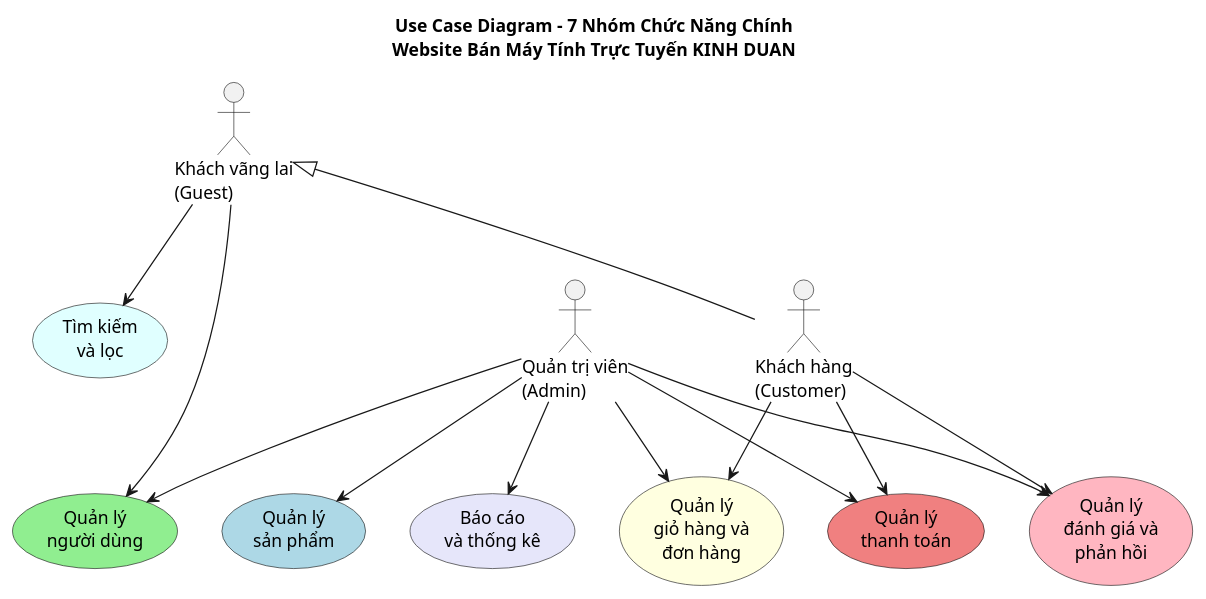
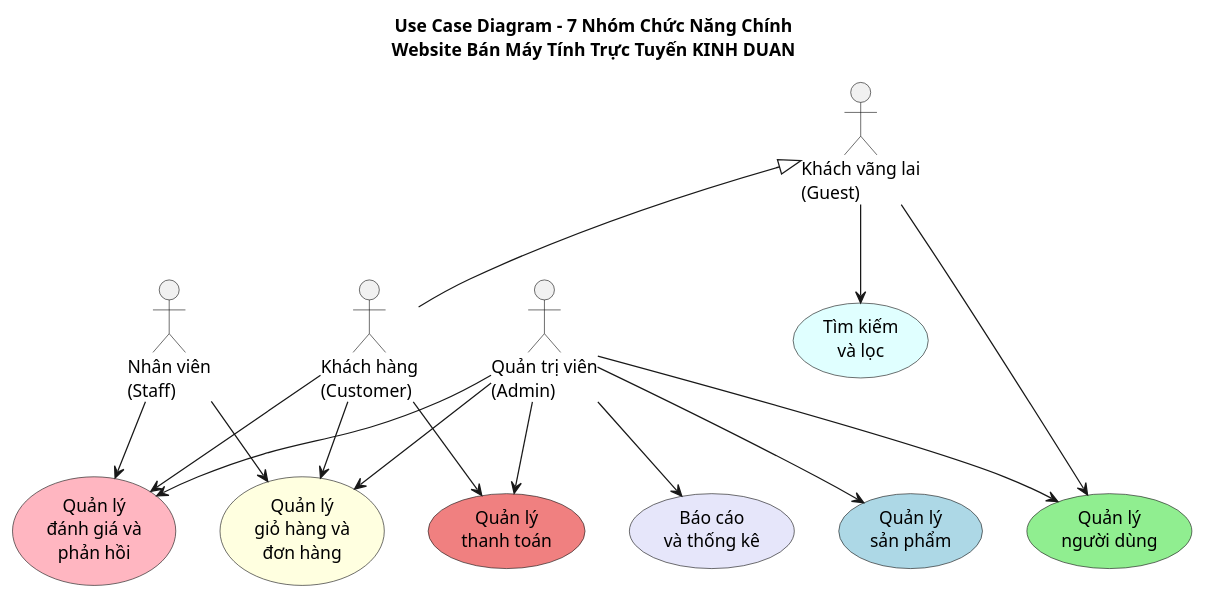
One commit to sangtm2612/DATN-BaoCao changed the diagram in usecases/00_UseCase_TongQuat.puml. Above: the diagram before and after it, drawn with PlantUML. The commit also changed 31 other files, not shown here.

```diff
--- a/usecases/00_UseCase_TongQuat.puml
+++ b/usecases/00_UseCase_TongQuat.puml
@@ -1,43 +1,47 @@
 @startuml UseCase_TongQuat_7NhomChucNang
 
 skinparam backgroundColor #FFFFFF
 skinparam packageStyle rectangle
 
 title Use Case Diagram - 7 Nhóm Chức Năng Chính\nWebsite Bán Máy Tính Trực Tuyến KINH DUAN
 
 ' ============ ĐỊNH NGHĨA CÁC ACTORS ============
 :Khách vãng lai\n(Guest): as Guest
-:Khách hàng\n(Customer): as Customer  
+:Khách hàng\n(Customer): as Customer
 :Quản trị viên\n(Admin): as Admin
+:Nhân viên\n(Staff): as Staff
 
 ' Quan hệ kế thừa
 Guest <|-- Customer
 
 ' ============ 7 NHÓM CHỨC NĂNG CHÍNH ============
 usecase "Quản lý\nsản phẩm" as UC_QL_SanPham #LightBlue
 usecase "Quản lý\nngười dùng" as UC_QL_NguoiDung #LightGreen
 usecase "Quản lý\ngiỏ hàng và\nđơn hàng" as UC_QL_GioHang_DonHang #LightYellow
 usecase "Quản lý\nthanh toán" as UC_QL_ThanhToan #LightCoral
 usecase "Quản lý\nđánh giá và\nphản hồi" as UC_QL_DanhGia_PhanHoi #LightPink
 usecase "Tìm kiếm\nvà lọc" as UC_TimKiem_Loc #LightCyan
 usecase "Báo cáo\nvà thống kê" as UC_BaoCao_ThongKe #Lavender
 
 ' ============ QUAN HỆ GIỮA GUEST VÀ USE CASES ============
 Guest --> UC_QL_NguoiDung
 Guest --> UC_TimKiem_Loc
 
 ' ============ QUAN HỆ GIỮA CUSTOMER VÀ USE CASES ============
 Customer --> UC_QL_GioHang_DonHang
 Customer --> UC_QL_ThanhToan
 Customer --> UC_QL_DanhGia_PhanHoi
 
 ' ============ QUAN HỆ GIỮA ADMIN VÀ USE CASES ============
 Admin --> UC_QL_SanPham
 Admin --> UC_QL_NguoiDung
 Admin --> UC_QL_GioHang_DonHang
 Admin --> UC_QL_ThanhToan
 Admin --> UC_QL_DanhGia_PhanHoi
 Admin --> UC_BaoCao_ThongKe
 
+' ============ QUAN HỆ GIỮA STAFF VÀ USE CASES ============
+Staff --> UC_QL_GioHang_DonHang
+Staff --> UC_QL_DanhGia_PhanHoi
 
 @enduml
```
